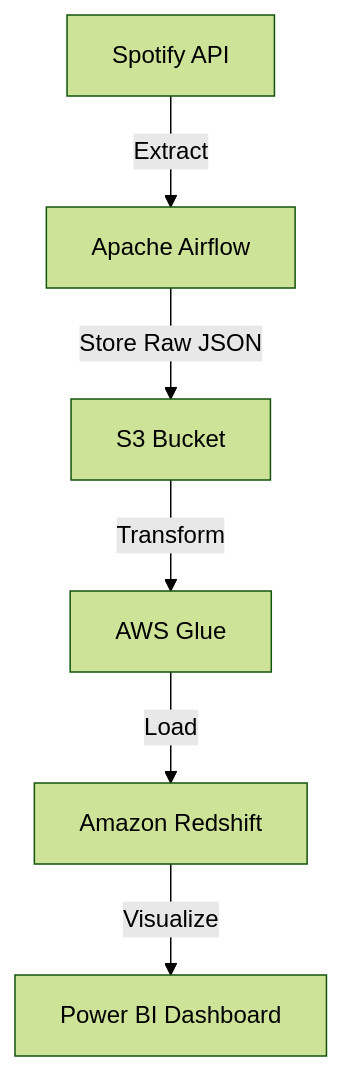
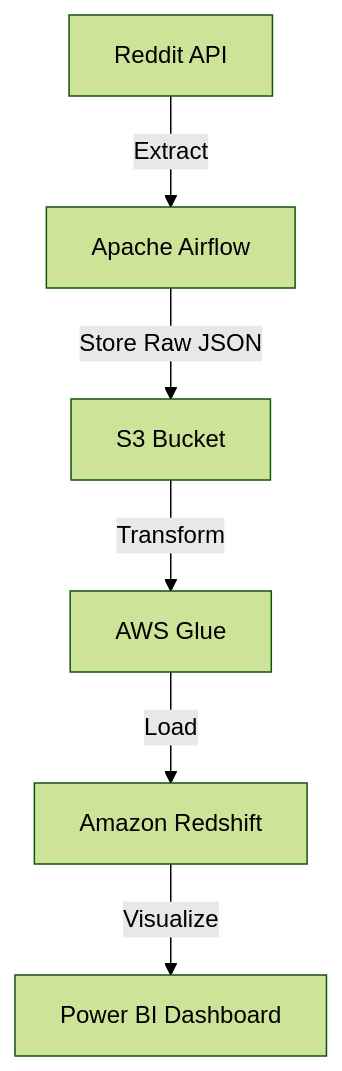
Before and after one commit to Atharva-Kahu/RedditDE: the diagram in README.md, drawn with Mermaid (forest theme). The commit also changed other lines of this file, not shown here.

````diff
--- a/README.md
+++ b/README.md
@@ -20,8 +20,8 @@
 ```mermaid
 graph TD
-A[Spotify API] -->|Extract| B[Apache Airflow]
+A[Reddit API] -->|Extract| B[Apache Airflow]
 B -->|Store Raw JSON| C[S3 Bucket]
 C -->|Transform| D[AWS Glue]
 D -->|Load| E[Amazon Redshift]
 E -->|Visualize| F[Power BI Dashboard]
 ```
````
